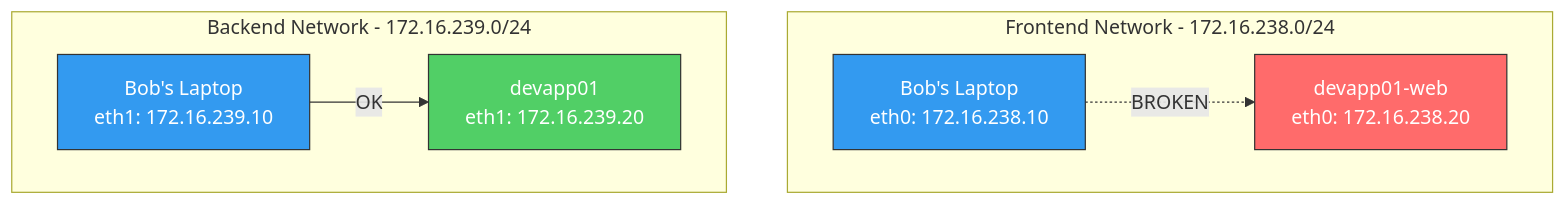
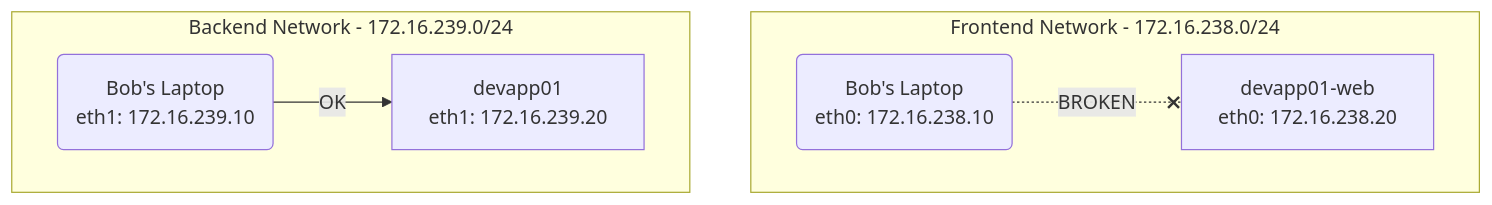
One commit to mrcarpinchoo/system-design-course changed the diagram in 07-networking/README.md. Above: the diagram before and after it, drawn with Mermaid. The commit also changed 7 other files, not shown here.

First line of the commit message:
feat: enhance Mermaid diagrams with semantic shapes and styling (#30)

````diff
--- a/07-networking/README.md
+++ b/07-networking/README.md
@@ -31,20 +31,21 @@
 ```mermaid
 graph TB
-    subgraph frontend["Frontend Network - 172.16.238.0/24"]
-        BOB_FE["Bob's Laptop<br/>eth0: 172.16.238.10"]
-        SRV_FE["devapp01-web<br/>eth0: 172.16.238.20"]
+    %% Frontend network (broken path)
+    subgraph frontend ["Frontend Network - 172.16.238.0/24"]
+        direction LR
+        BOB_FE("Bob's Laptop<br>eth0: 172.16.238.10")
+        SRV_FE["devapp01-web<br>eth0: 172.16.238.20"]
     end
 
-    subgraph backend["Backend Network - 172.16.239.0/24"]
-        BOB_BE["Bob's Laptop<br/>eth1: 172.16.239.10"]
-        SRV_BE["devapp01<br/>eth1: 172.16.239.20"]
+    %% Backend network (working path)
+    subgraph backend ["Backend Network - 172.16.239.0/24"]
+        direction LR
+        BOB_BE("Bob's Laptop<br>eth1: 172.16.239.10")
+        SRV_BE["devapp01<br>eth1: 172.16.239.20"]
     end
 
-    BOB_FE -."BROKEN".-> SRV_FE
-    BOB_BE --"OK"--> SRV_BE
+    %% Connectivity status
+    BOB_FE -.-x|"BROKEN"| SRV_FE
+    BOB_BE -->|"OK"| SRV_BE
 
-    style SRV_FE fill:#ff6b6b,stroke:#333,color:#fff
-    style SRV_BE fill:#51cf66,stroke:#333,color:#fff
-    style BOB_FE fill:#339af0,stroke:#333,color:#fff
-    style BOB_BE fill:#339af0,stroke:#333,color:#fff
 ```
````
